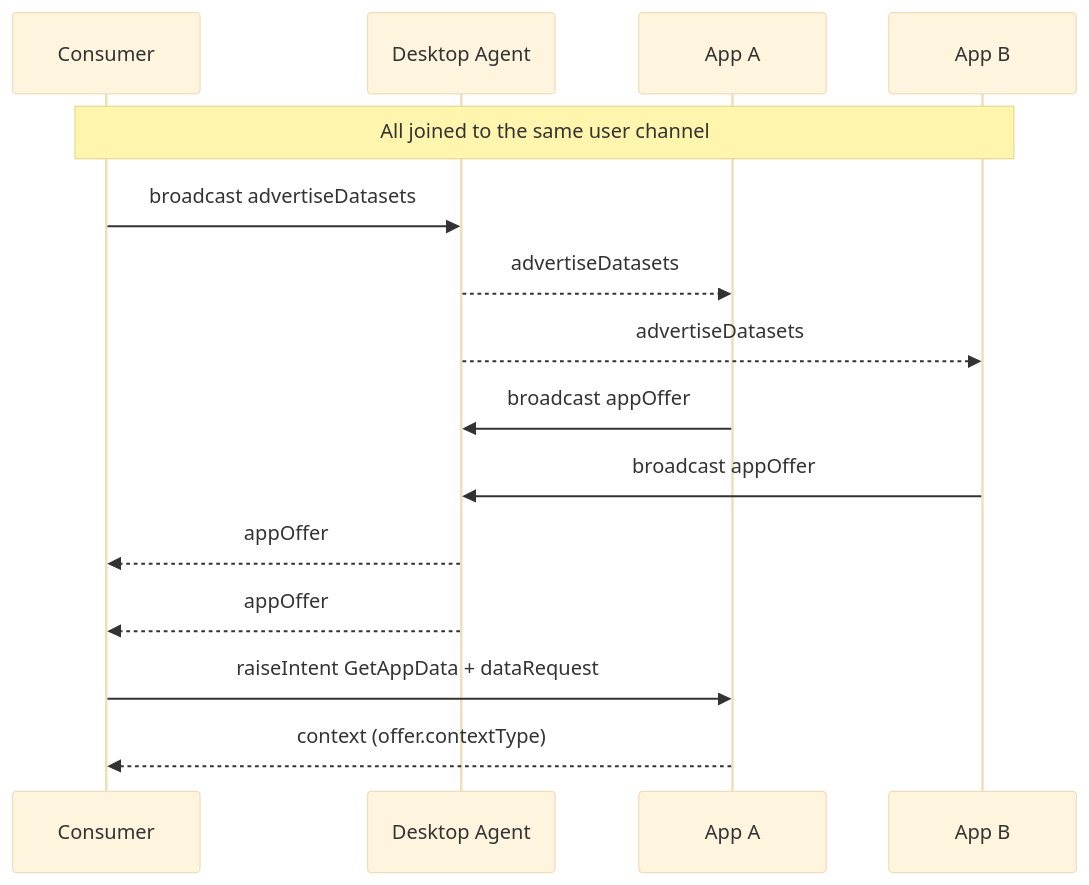
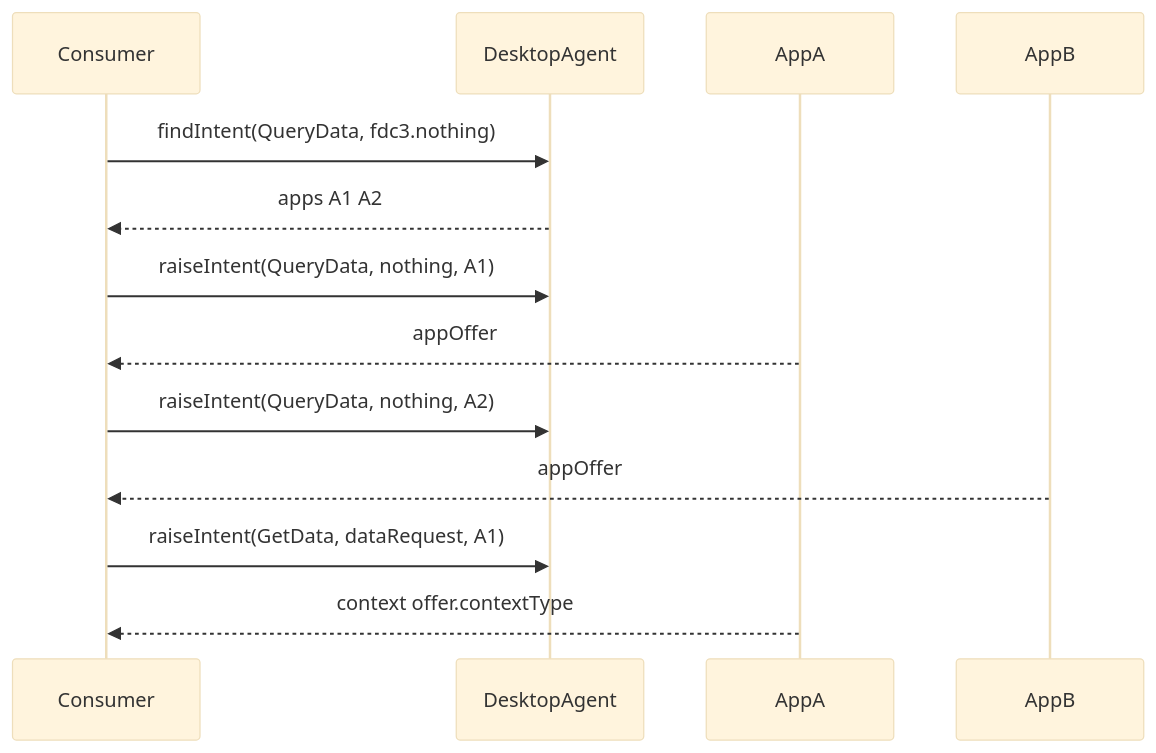
The first of 4 diagrams in examples/aipa/fdc3-extensions/fdc3.data/README.md (risk-first/ten-factor-governance), drawn with Mermaid (base theme) before and after one commit. The commit also changed other lines of this file and 10 other files, not shown here.

Commit message:
Changed to intent based approach for GetData

````diff
--- a/examples/aipa/fdc3-extensions/fdc3.data/README.md
+++ b/examples/aipa/fdc3-extensions/fdc3.data/README.md
@@ -22,17 +22,15 @@
 ```mermaid
 sequenceDiagram
   participant H as Consumer
-  participant DA as Desktop Agent
-  participant A1 as App A
-  participant A2 as App B
-  Note over H,A2: All joined to the same user channel
-  H->>DA: broadcast advertiseDatasets
-  DA-->>A1: advertiseDatasets
-  DA-->>A2: advertiseDatasets
-  A1->>DA: broadcast appOffer
-  A2->>DA: broadcast appOffer
-  DA-->>H: appOffer
-  DA-->>H: appOffer
-  H->>A1: raiseIntent GetAppData + dataRequest
-  A1-->>H: context (offer.contextType)
+  participant DA as DesktopAgent
+  participant A1 as AppA
+  participant A2 as AppB
+  H->>DA: findIntent(QueryData, fdc3.nothing)
+  DA-->>H: apps A1 A2
+  H->>DA: raiseIntent(QueryData, nothing, A1)
+  A1-->>H: appOffer
+  H->>DA: raiseIntent(QueryData, nothing, A2)
+  A2-->>H: appOffer
+  H->>DA: raiseIntent(GetData, dataRequest, A1)
+  A1-->>H: context offer.contextType
 ```
````
